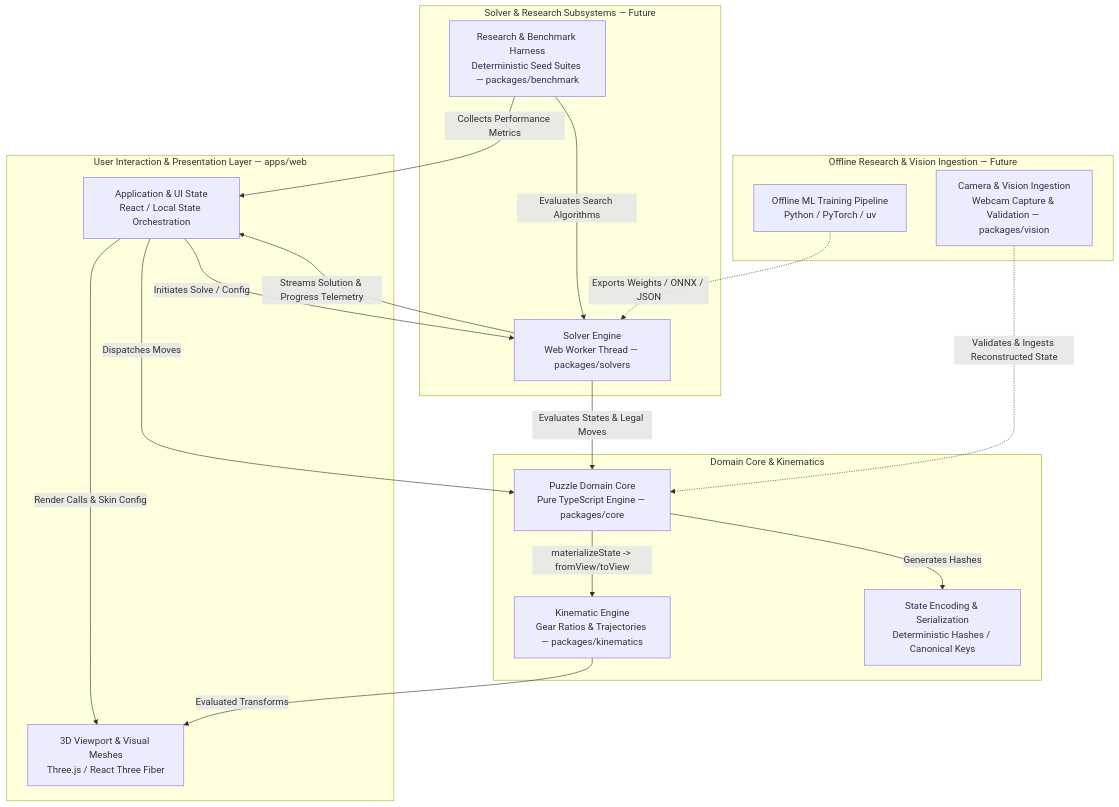
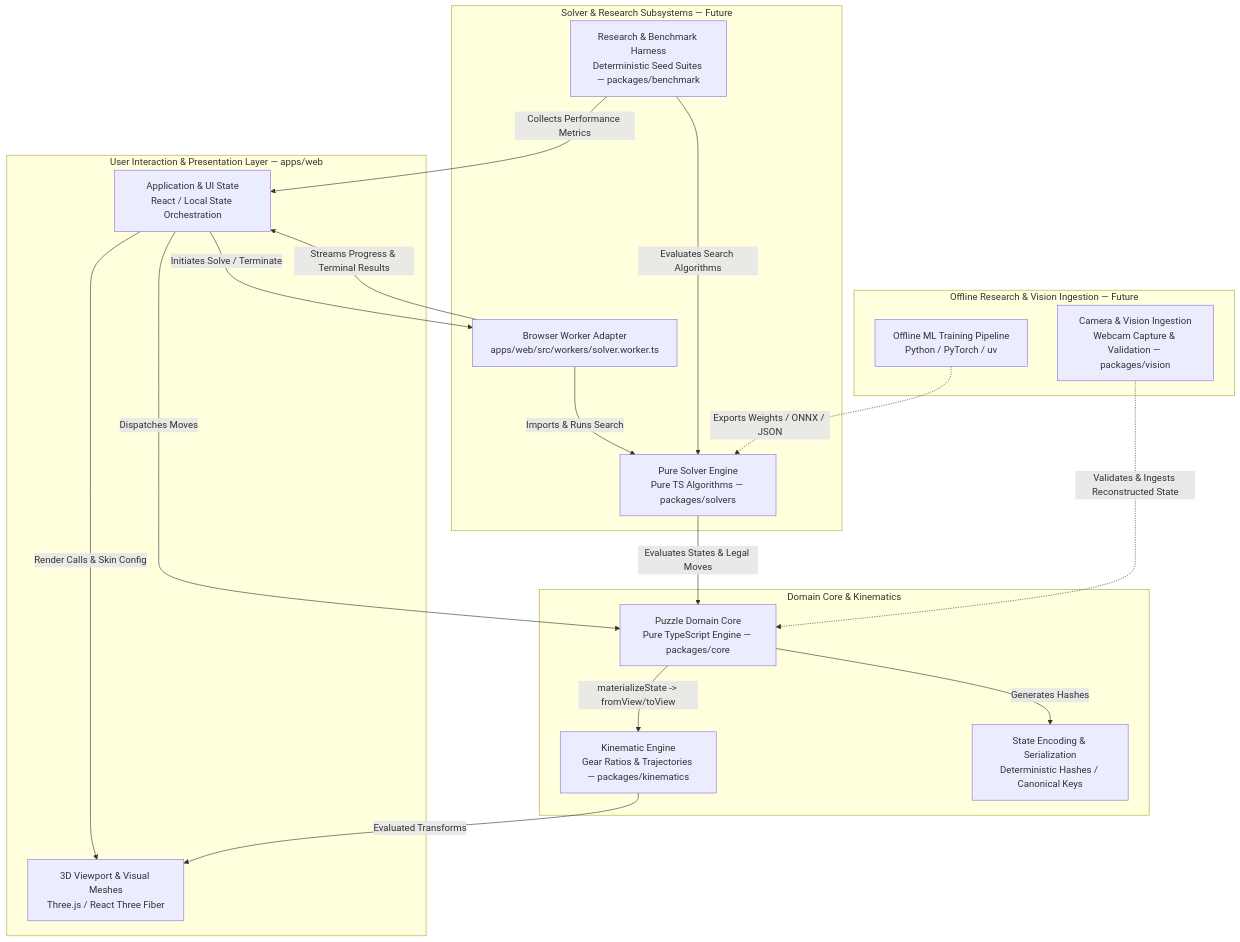
The diagram in docs/architecture/SYSTEM_ARCHITECTURE.md (YI-TING-EE13/GearCube-Lab), drawn with Mermaid before and after one commit. The commit also changed other lines of this file and 3 other files, not shown here.

````diff
--- a/docs/architecture/SYSTEM_ARCHITECTURE.md
+++ b/docs/architecture/SYSTEM_ARCHITECTURE.md
@@ -28,40 +28,42 @@
 ```mermaid
 graph TD
     subgraph UserSpace [User Interaction & Presentation Layer — apps/web]
         UI[Application & UI State<br/>React / Local State Orchestration]
         Renderer[3D Viewport & Visual Meshes<br/>Three.js / React Three Fiber]
     end
 
     subgraph CoreSpace [Domain Core & Kinematics]
         Core[Puzzle Domain Core<br/>Pure TypeScript Engine — packages/core]
         Kinematics[Kinematic Engine<br/>Gear Ratios & Trajectories — packages/kinematics]
         Encoding[State Encoding & Serialization<br/>Deterministic Hashes / Canonical Keys]
     end
 
     subgraph ComputeSpace [Solver & Research Subsystems — Future]
-        SolverWorker[Solver Engine<br/>Web Worker Thread — packages/solvers]
+        WorkerAdapter[Browser Worker Adapter<br/>apps/web/src/workers/solver.worker.ts]
+        SolverEngine[Pure Solver Engine<br/>Pure TS Algorithms — packages/solvers]
         Benchmark[Research & Benchmark Harness<br/>Deterministic Seed Suites — packages/benchmark]
     end
 
     subgraph FutureSubsystems [Offline Research & Vision Ingestion — Future]
         MLTraining[Offline ML Training Pipeline<br/>Python / PyTorch / uv]
         VisionPipeline[Camera & Vision Ingestion<br/>Webcam Capture & Validation — packages/vision]
     end
 
     %% Interactions
     UI -->|Render Calls & Skin Config| Renderer
     UI -->|Dispatches Moves| Core
     Core -->|materializeState -> fromView/toView| Kinematics
     Core -->|Generates Hashes| Encoding
     Kinematics -->|Evaluated Transforms| Renderer
 
-    UI -->|Initiates Solve / Config| SolverWorker
-    SolverWorker -->|Evaluates States & Legal Moves| Core
-    SolverWorker -->|Streams Solution & Progress Telemetry| UI
+    UI -->|Initiates Solve / Terminate| WorkerAdapter
+    WorkerAdapter -->|Imports & Runs Search| SolverEngine
+    SolverEngine -->|Evaluates States & Legal Moves| Core
+    WorkerAdapter -->|Streams Progress & Terminal Results| UI
 
-    Benchmark -->|Evaluates Search Algorithms| SolverWorker
+    Benchmark -->|Evaluates Search Algorithms| SolverEngine
     Benchmark -->|Collects Performance Metrics| UI
 
-    MLTraining -.->|Exports Weights / ONNX / JSON| SolverWorker
+    MLTraining -.->|Exports Weights / ONNX / JSON| SolverEngine
     VisionPipeline -.->|Validates & Ingests Reconstructed State| Core
 ```
````
